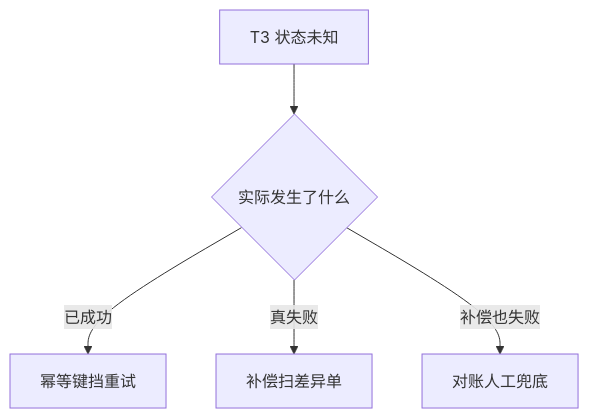
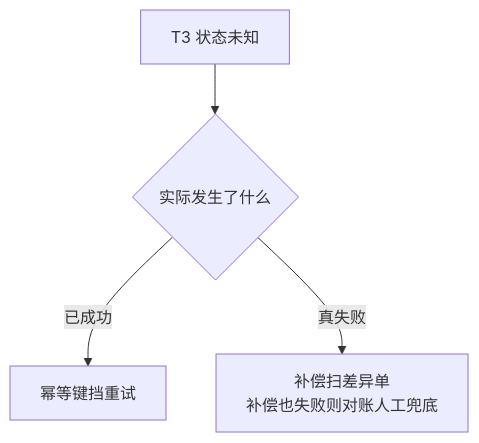
Before and after one commit to hub138/technical-knowledge: the second of 2 diagrams in vault/工程知识/后端系统：在并发、失败与变化中维持服务/分布式可靠性/部分失败决定分布式系统的设计.md, drawn with Mermaid. The commit also changed other lines of this file and 622 other files, not shown here.

````diff
--- a/vault/工程知识/后端系统：在并发、失败与变化中维持服务/分布式可靠性/部分失败决定分布式系统的设计.md
+++ b/vault/工程知识/后端系统：在并发、失败与变化中维持服务/分布式可靠性/部分失败决定分布式系统的设计.md
@@ -105,7 +148,6 @@
 ```mermaid
 graph TD
     T3["T3 状态未知"] --> Q{"实际发生了什么"}
     Q -->|"已成功"| B1["幂等键挡重试"]
-    Q -->|"真失败"| B2["补偿扫差异单"]
-    Q -->|"补偿也失败"| B3["对账人工兜底"]
+    Q -->|"真失败"| B2["补偿扫差异单<br/>补偿也失败则对账人工兜底"]
 ```
````
